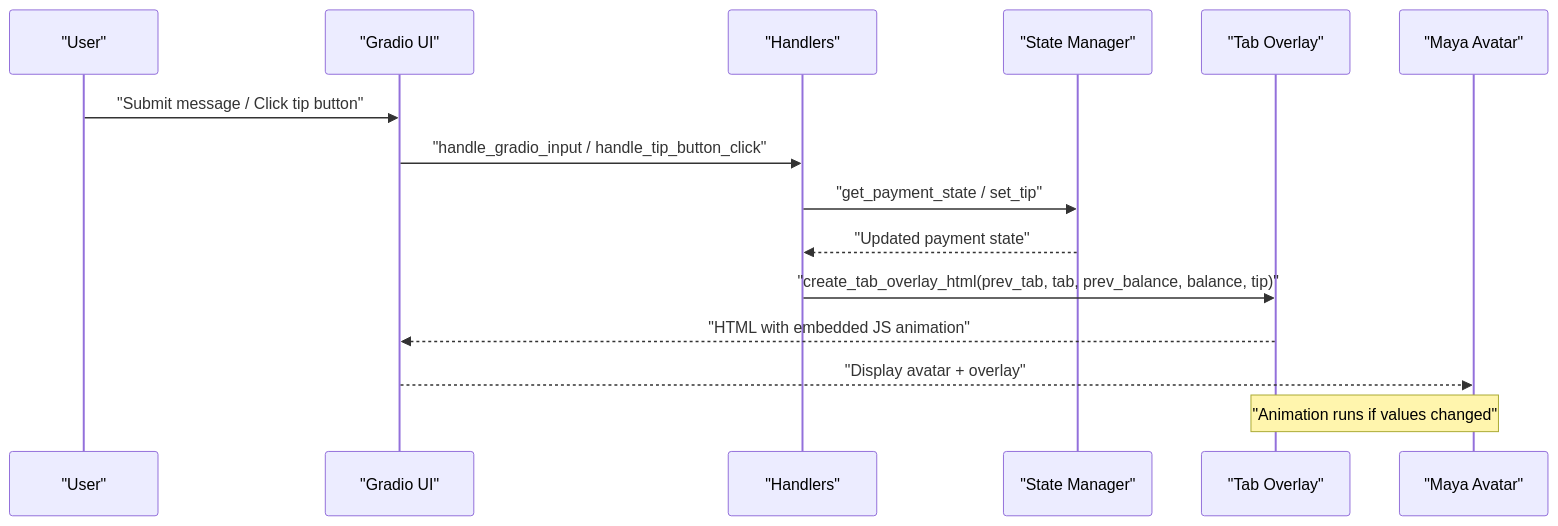
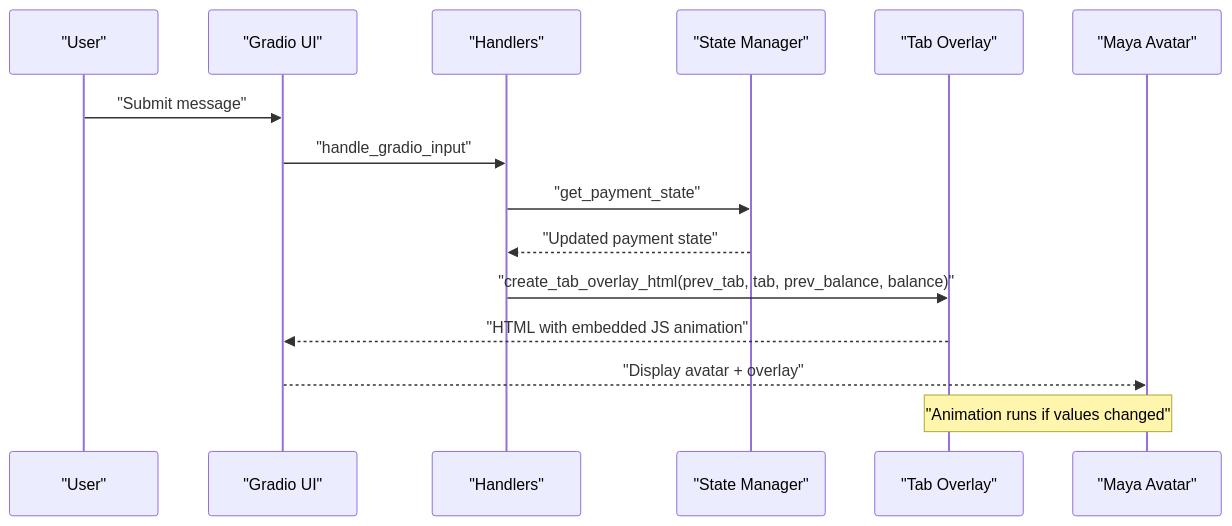
One commit to MOK-5-ha/MayaMCP changed the second of 6 diagrams in .qoder/repowiki/en/content/User Interface Components/Tab Overlay System.md. Above: the diagram before and after it, drawn with Mermaid. The commit also changed other lines of this file and 27 other files, not shown here.

````diff
--- a/.qoder/repowiki/en/content/User Interface Components/Tab Overlay System.md
+++ b/.qoder/repowiki/en/content/User Interface Components/Tab Overlay System.md
@@ -114,17 +121,17 @@
 ```mermaid
 sequenceDiagram
 participant User as "User"
 participant Gradio as "Gradio UI"
 participant Handlers as "Handlers"
 participant State as "State Manager"
 participant Overlay as "Tab Overlay"
 participant Maya as "Maya Avatar"
-User->>Gradio : "Submit message / Click tip button"
-Gradio->>Handlers : "handle_gradio_input / handle_tip_button_click"
-Handlers->>State : "get_payment_state / set_tip"
+User->>Gradio : "Submit message"
+Gradio->>Handlers : "handle_gradio_input"
+Handlers->>State : "get_payment_state"
 State-->>Handlers : "Updated payment state"
-Handlers->>Overlay : "create_tab_overlay_html(prev_tab, tab, prev_balance, balance, tip)"
+Handlers->>Overlay : "create_tab_overlay_html(prev_tab, tab, prev_balance, balance)"
 Overlay-->>Gradio : "HTML with embedded JS animation"
 Gradio-->>Maya : "Display avatar + overlay"
 Note over Overlay,Maya : "Animation runs if values changed"
 ```
````
